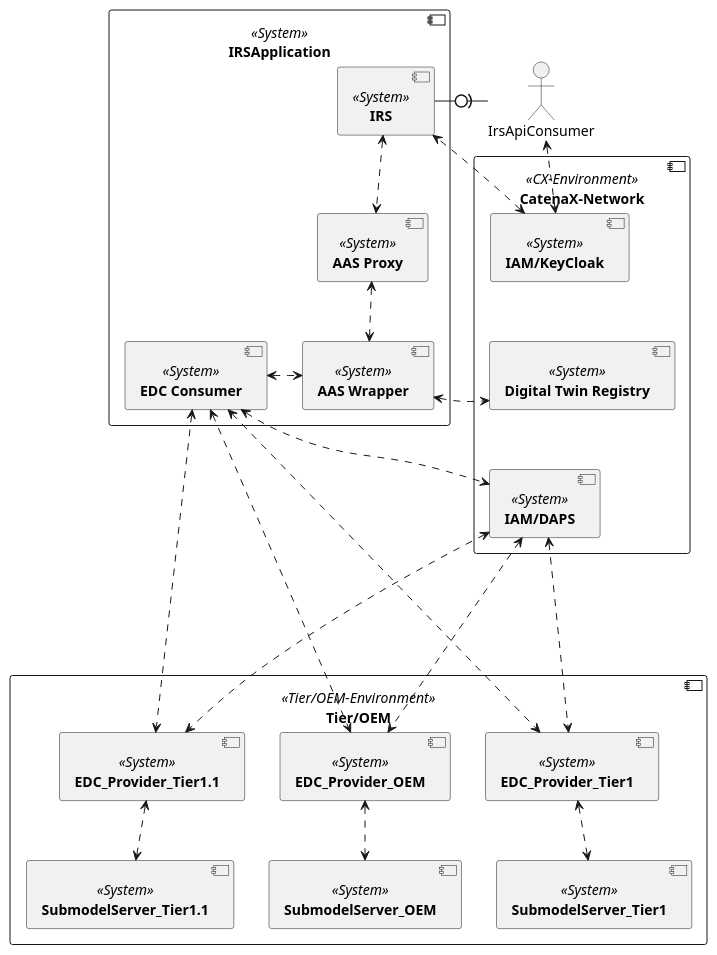
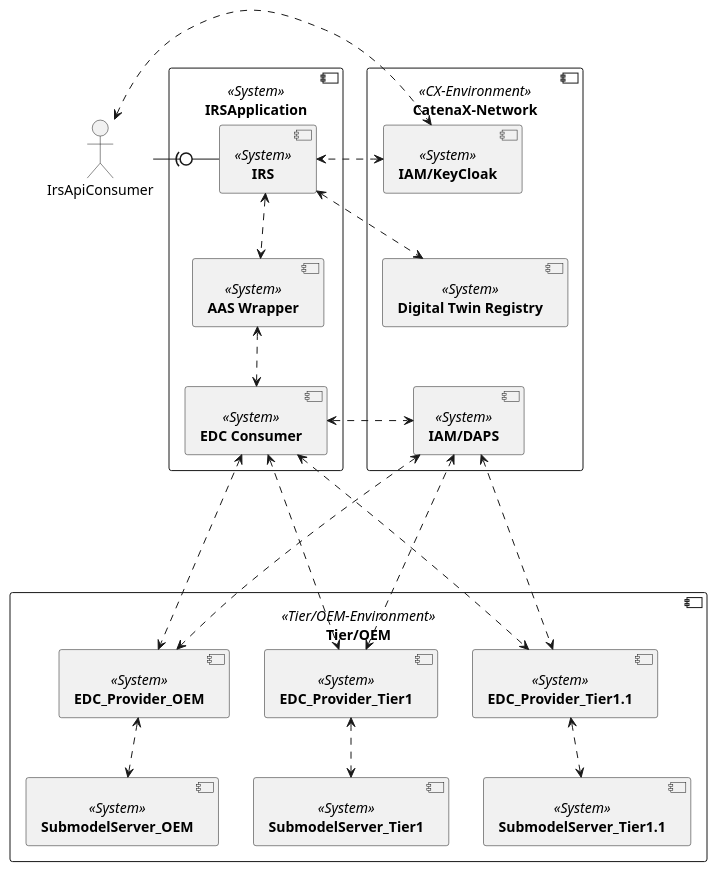
The diagram in uml-diagrams/whitebox-view/whitebox_overall.puml (eclipse-tractusx/item-relationship-service), drawn with PlantUML before and after one commit.

Commit message:
fix(uml):[TRI-XXX] corect whitebox view

```diff
--- a/uml-diagrams/whitebox-view/whitebox_overall.puml
+++ b/uml-diagrams/whitebox-view/whitebox_overall.puml
@@ -5,54 +5,52 @@
 @startuml
 skinparam monochrome true
 skinparam shadowing false
-
+skinparam spacing 50
 
 
 component [**IRSApplication**] <<System>> {
 	component [**IRS**] <<System>> as IRS
-	component [**AAS Proxy**] <<System>> as AAS_P
 	component [**AAS Wrapper**] <<System>> as AAS_W
 	component [**EDC Consumer**] <<System>> as EDC
 
 }
 
 component [**CatenaX-Network**] <<CX-Environment>> {
     component [**IAM/KeyCloak**] <<System>> as IAM_IRS
     component [**Digital Twin Registry**] <<System>> as DT_REG
     component [**IAM/DAPS**] <<System>> as IAM_DAPS
     IAM_IRS --[hidden]> DT_REG
     DT_REG --[hidden]>  IAM_DAPS
 }
 
 component [**Tier/OEM**] <<Tier/OEM-Environment>> {
 
     component [**EDC_Provider_OEM**] <<System>> as EDCProviderOEM
     component [**EDC_Provider_Tier1**] <<System>> as EDCProviderTier1
     component [**EDC_Provider_Tier1.1**] <<System>> as EDCProviderTier11
     component [**SubmodelServer_OEM**] <<System>> as SubmodelServerOEM
     component [**SubmodelServer_Tier1**] <<System>> as SubmodelServerTier1
     component [**SubmodelServer_Tier1.1**] <<System>> as SubmodelServerTier11
 }
 
 
 actor IrsApiConsumer
 
-IrsApiConsumer -left(0- IRS
-IRS <..>AAS_P
+IrsApiConsumer -right(0- IRS
 IrsApiConsumer <.r.> IAM_IRS
-AAS_P <.d.> AAS_W
+IRS <.d.> AAS_W
 IRS <.l.> IAM_IRS
-AAS_W <.l.> EDC
-AAS_W <.> DT_REG
+AAS_W <..> EDC
+IRS <.> DT_REG
 EDC <..> IAM_DAPS
 EDC <..> EDCProviderOEM
 EDC <...> EDCProviderTier1
 EDC <....> EDCProviderTier11
 IAM_DAPS <..> EDCProviderOEM
 IAM_DAPS <...> EDCProviderTier1
 IAM_DAPS <....> EDCProviderTier11
 EDCProviderOEM <..> SubmodelServerOEM
 EDCProviderTier1 <..> SubmodelServerTier1
 EDCProviderTier11 <..> SubmodelServerTier11
 
 @enduml
```
